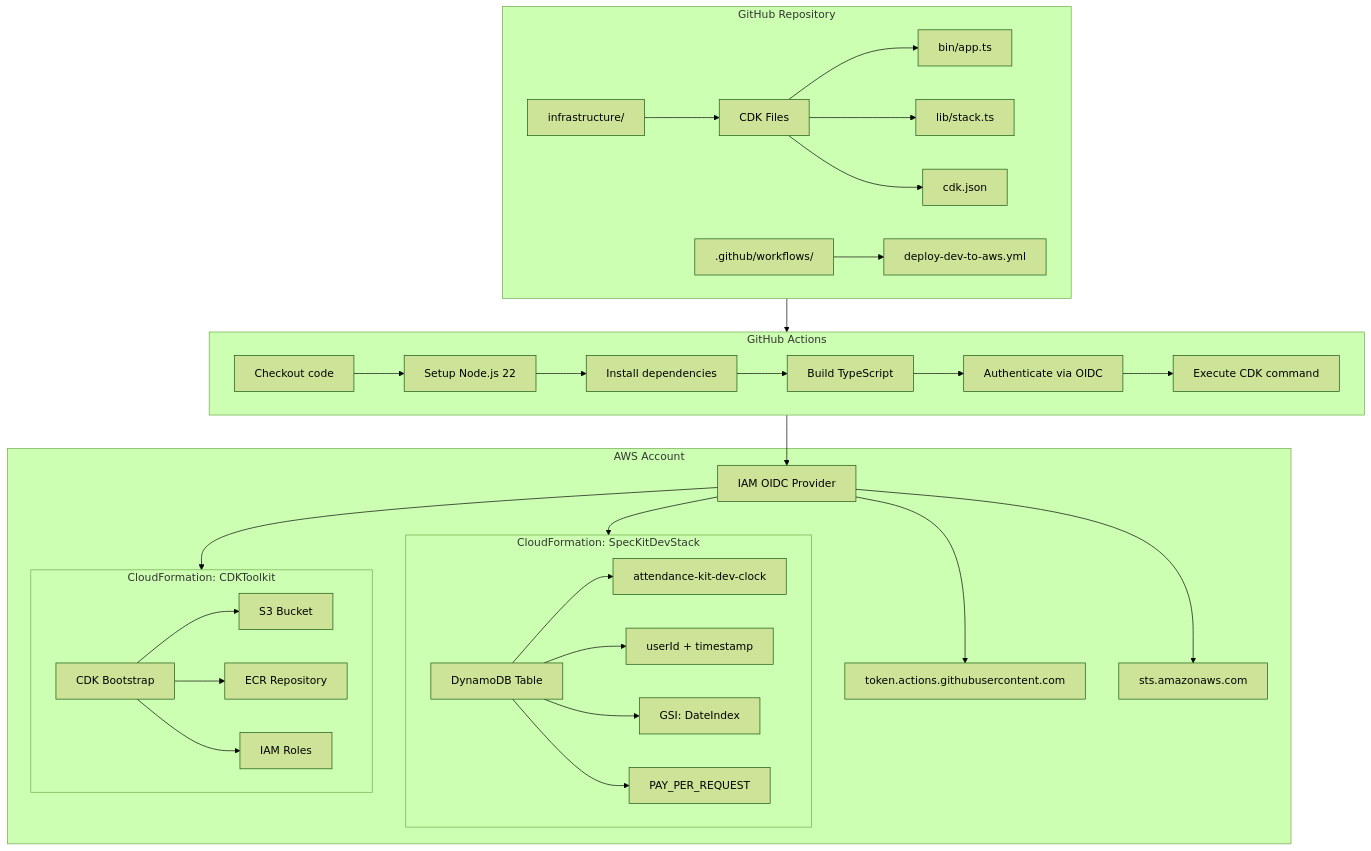
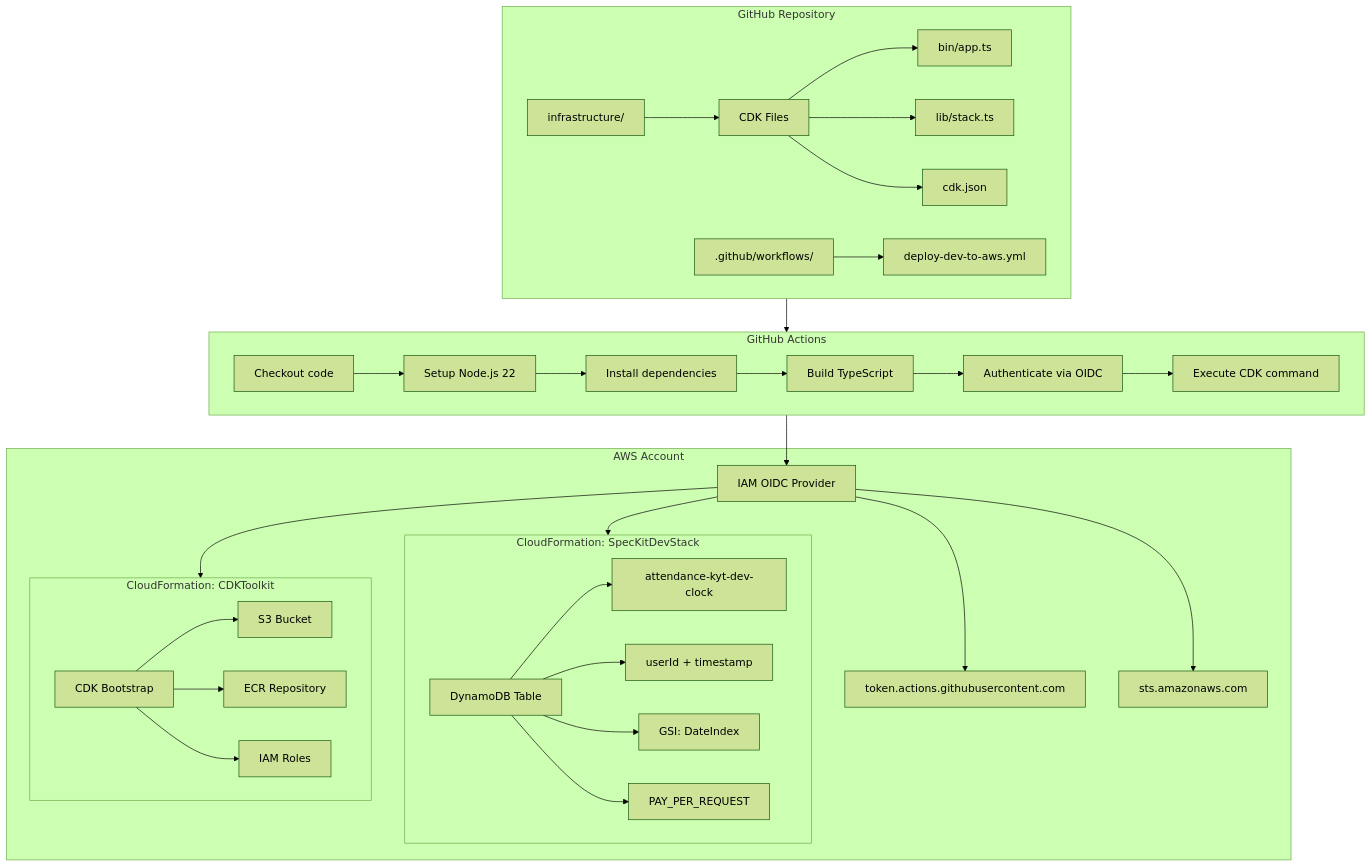
Before and after one commit to goataka/spec-kit-with-coding-agent: the first of 3 diagrams in specs/1-aws-clock-table-cicd/plan.md, drawn with Mermaid (forest theme). The commit also changed other lines of this file and 15 other files, not shown here.

Commit message:
システム名変更とドキュメント整理: attendance-kit→attendance-kyt、重複排除、検証手順追加

````diff
--- a/specs/1-aws-clock-table-cicd/plan.md
+++ b/specs/1-aws-clock-table-cicd/plan.md
@@ -44,66 +44,66 @@
 ```mermaid
 graph TB
     subgraph GitHub["GitHub Repository"]
         infra["infrastructure/"]
         infra_files["CDK Files"]
         infra_bin["bin/app.ts"]
         infra_lib["lib/stack.ts"]
         infra_config["cdk.json"]
         workflows[".github/workflows/"]
         wf_deploy["deploy-dev-to-aws.yml"]
         
         infra --> infra_files
         infra_files --> infra_bin
         infra_files --> infra_lib
         infra_files --> infra_config
         workflows --> wf_deploy
     end
     
     subgraph Actions["GitHub Actions"]
         step1["Checkout code"]
         step2["Setup Node.js 22"]
         step3["Install dependencies"]
         step4["Build TypeScript"]
         step5["Authenticate via OIDC"]
         step6["Execute CDK command"]
         step1 --> step2 --> step3 --> step4 --> step5 --> step6
     end
     
     subgraph AWS["AWS Account"]
         oidc["IAM OIDC Provider"]
         oidc_provider["token.actions.githubusercontent.com"]
         oidc_audience["sts.amazonaws.com"]
         
         subgraph Stack1["CloudFormation: SpecKitDevStack"]
             dynamo["DynamoDB Table"]
-            dynamo_name["attendance-kit-dev-clock"]
+            dynamo_name["attendance-kyt-dev-clock"]
             dynamo_keys["userId + timestamp"]
             dynamo_gsi["GSI: DateIndex"]
             dynamo_billing["PAY_PER_REQUEST"]
             
             dynamo --> dynamo_name
             dynamo --> dynamo_keys
             dynamo --> dynamo_gsi
             dynamo --> dynamo_billing
         end
         
         subgraph Stack2["CloudFormation: CDKToolkit"]
             toolkit["CDK Bootstrap"]
             toolkit_s3["S3 Bucket"]
             toolkit_ecr["ECR Repository"]
             toolkit_iam["IAM Roles"]
             
             toolkit --> toolkit_s3
             toolkit --> toolkit_ecr
             toolkit --> toolkit_iam
         end
         
         oidc --> oidc_provider
         oidc --> oidc_audience
     end
     
     GitHub --> Actions
     Actions --> oidc
     oidc --> Stack1
     oidc --> Stack2
 ```
````
